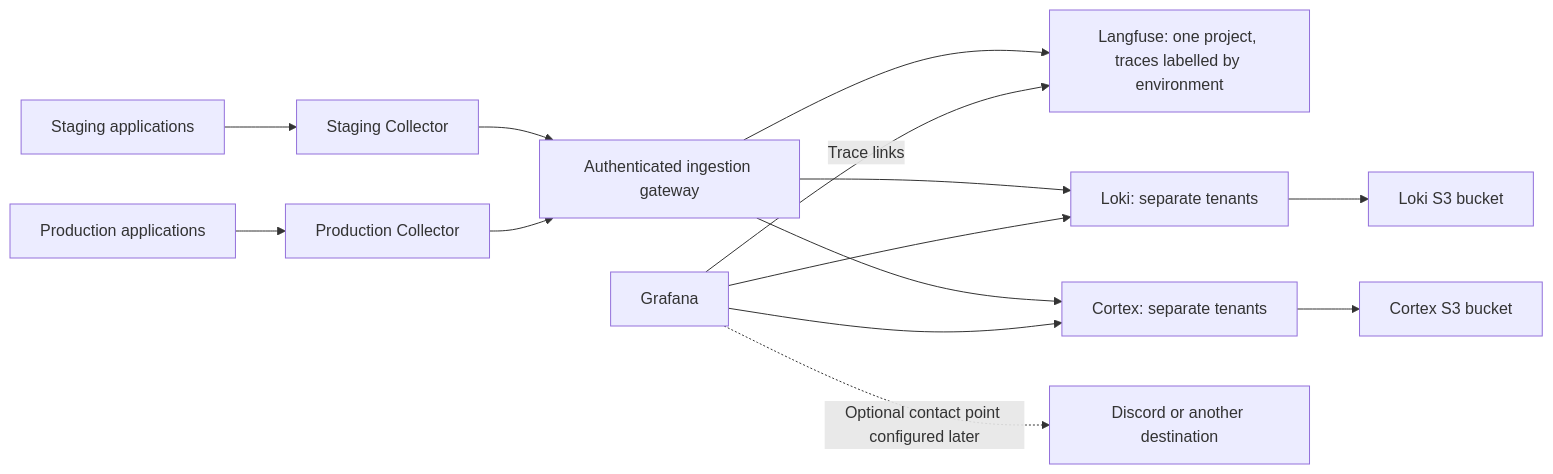
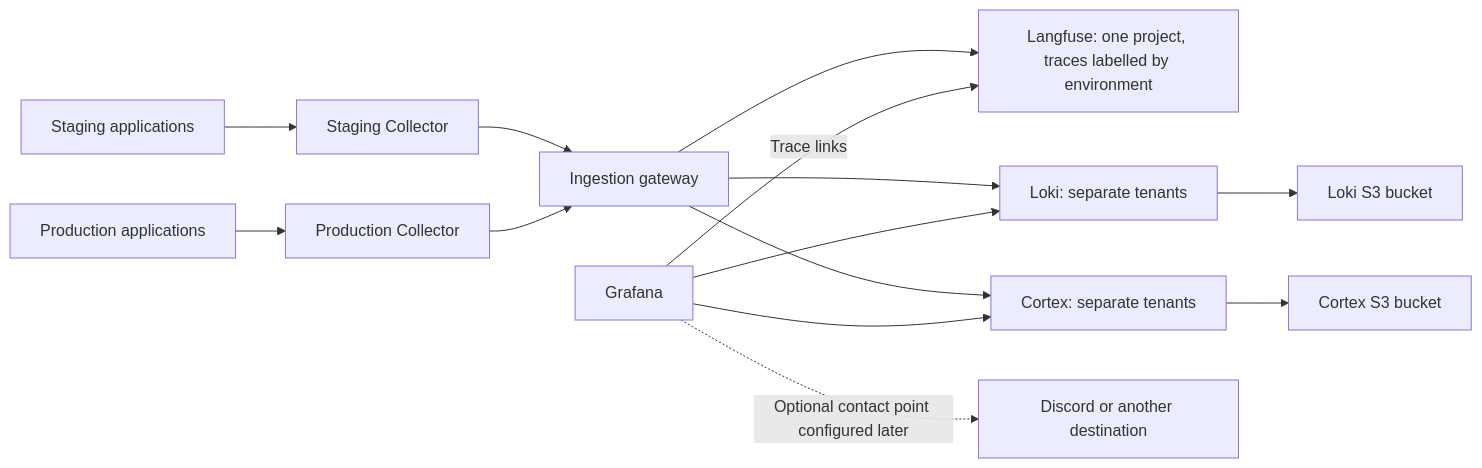
Before and after one commit to the-liems/relohome: the diagram in docs/runbooks/observability.md, drawn with Mermaid. The commit also changed other lines of this file and 7 other files, not shown here.

````diff
--- a/docs/runbooks/observability.md
+++ b/docs/runbooks/observability.md
@@ -10,16 +10,16 @@
 ```mermaid
 flowchart LR
     S[Staging applications] --> SC[Staging Collector]
     P[Production applications] --> PC[Production Collector]
-    SC --> G[Authenticated ingestion gateway]
+    SC --> G[Ingestion gateway]
     PC --> G
     G --> LF[Langfuse: one project, traces labelled by environment]
     G --> L[Loki: separate tenants]
     G --> M[Cortex: separate tenants]
     M --> CS3[Cortex S3 bucket]
     L --> LS3[Loki S3 bucket]
     F[Grafana] --> M
     F --> L
     F -->|Trace links| LF
     F -. Optional contact point configured later .-> D[Discord or another destination]
 ```
````
